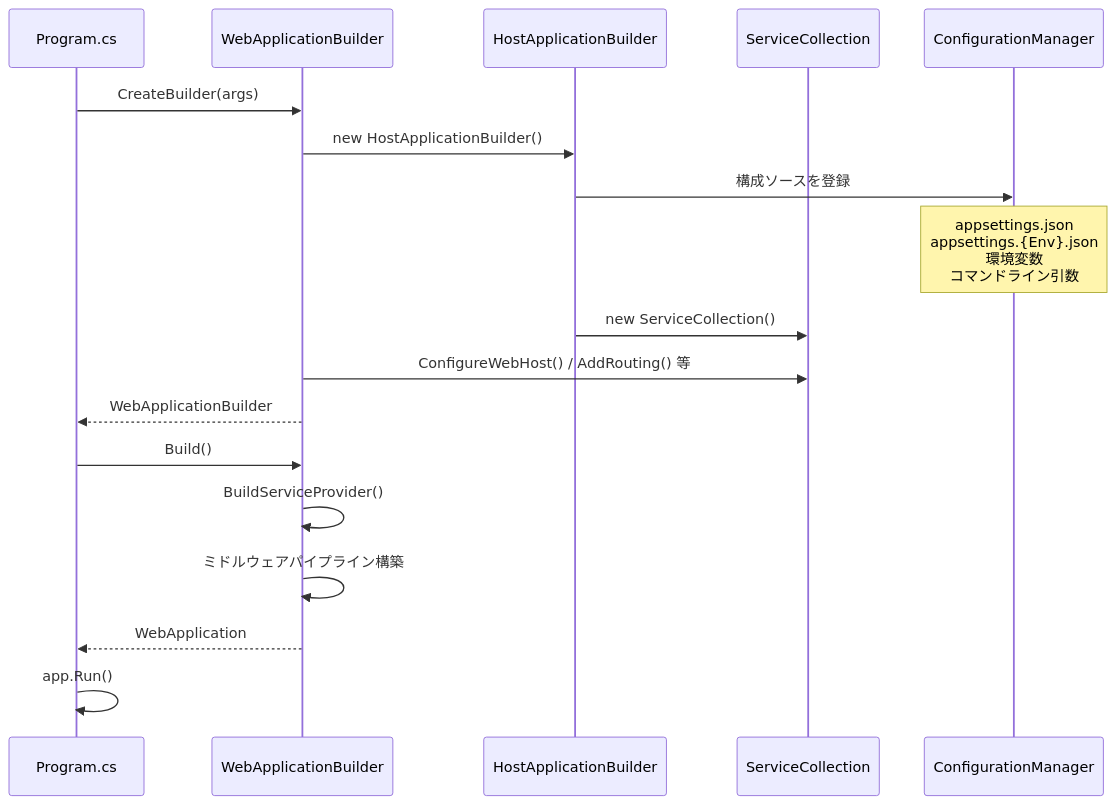
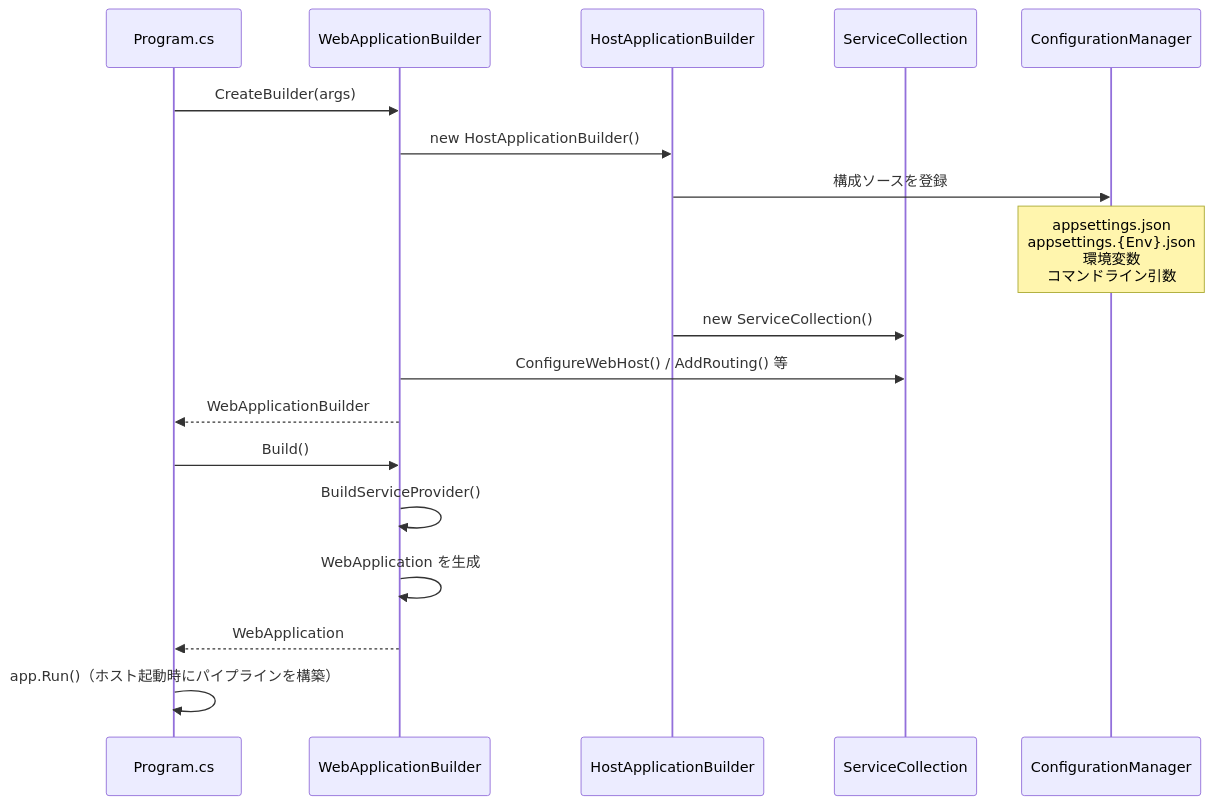
One commit to yoichiozaki/yoichiozaki.github.io changed the second of 20 diagrams in content/blog/ja/aspnet-core-architecture.mdx. Above: the diagram before and after it, drawn with Mermaid. The commit also changed other lines of this file and 116 other files, not shown here.

````diff
--- a/content/blog/ja/aspnet-core-architecture.mdx
+++ b/content/blog/ja/aspnet-core-architecture.mdx
@@ -71,21 +71,21 @@
 ```mermaid
 sequenceDiagram
     participant App as Program.cs
     participant WAB as WebApplicationBuilder
     participant HAB as HostApplicationBuilder
     participant SC as ServiceCollection
     participant Config as ConfigurationManager
 
     App->>WAB: CreateBuilder(args)
     WAB->>HAB: new HostApplicationBuilder()
     HAB->>Config: 構成ソースを登録
     Note over Config: appsettings.json<br/>appsettings.{Env}.json<br/>環境変数<br/>コマンドライン引数
     HAB->>SC: new ServiceCollection()
     WAB->>SC: ConfigureWebHost() / AddRouting() 等
     WAB-->>App: WebApplicationBuilder
     App->>WAB: Build()
     WAB->>WAB: BuildServiceProvider()
-    WAB->>WAB: ミドルウェアパイプライン構築
+    WAB->>WAB: WebApplication を生成
     WAB-->>App: WebApplication
-    App->>App: app.Run()
+    App->>App: app.Run()（ホスト起動時にパイプラインを構築）
 ```
````
